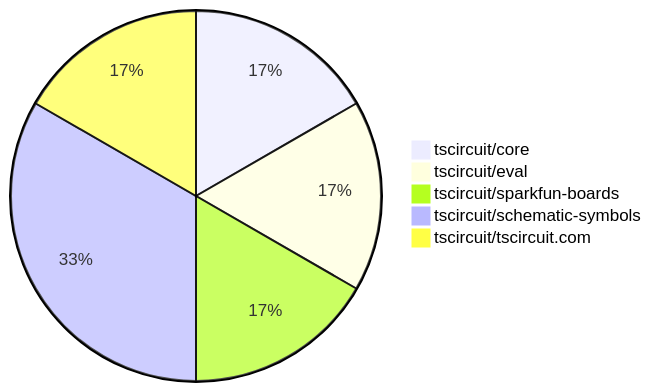
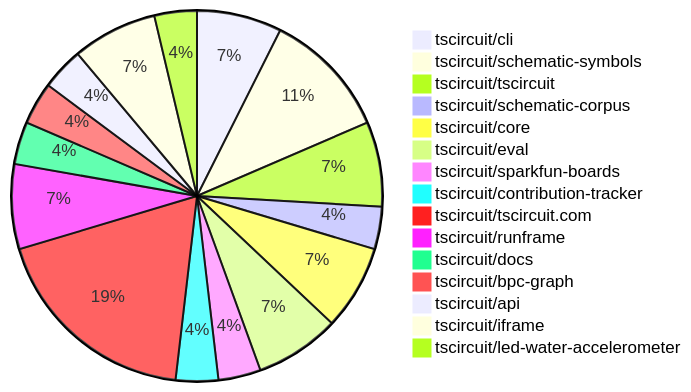
One commit to tscircuit/contribution-tracker changed the first of 2 diagrams in contribution-overviews/2025-07-16.md. Above: the diagram before and after it, drawn with Mermaid. The commit also changed other lines of this file and 3 other files, not shown here.

````diff
--- a/contribution-overviews/2025-07-16.md
+++ b/contribution-overviews/2025-07-16.md
@@ -5,8 +5,18 @@
 ```mermaid
 pie
-    "tscircuit/core" : 1
-    "tscircuit/eval" : 1
+    "tscircuit/cli" : 2
+    "tscircuit/schematic-symbols" : 3
+    "tscircuit/tscircuit" : 2
+    "tscircuit/schematic-corpus" : 1
+    "tscircuit/core" : 2
+    "tscircuit/eval" : 2
     "tscircuit/sparkfun-boards" : 1
-    "tscircuit/schematic-symbols" : 2
-    "tscircuit/tscircuit.com" : 1
+    "tscircuit/contribution-tracker" : 1
+    "tscircuit/tscircuit.com" : 5
+    "tscircuit/runframe" : 2
+    "tscircuit/docs" : 1
+    "tscircuit/bpc-graph" : 1
+    "tscircuit/api" : 1
+    "tscircuit/iframe" : 2
+    "tscircuit/led-water-accelerometer" : 1
 ```
````
